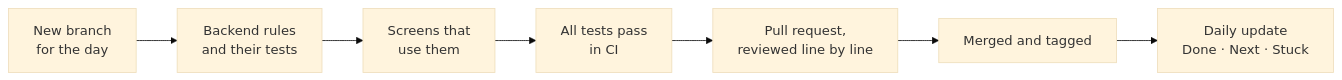
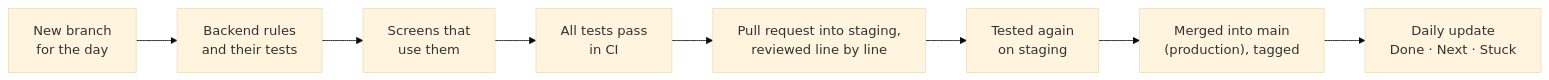
One commit to sumitdwivedi01/EigthyAwards changed the second of 2 diagrams in docs/PHASE-1-ROADMAP.md. Above: the diagram before and after it, drawn with Mermaid (base theme). The commit also changed other lines of this file and 16 other files, not shown here.

First line of the commit message:
docs: phase 0.10 - staging branch between step branches and main (ADR 0015)

````diff
--- a/docs/PHASE-1-ROADMAP.md
+++ b/docs/PHASE-1-ROADMAP.md
@@ -77,4 +77,4 @@
 ```mermaid
 flowchart LR
-    A["New branch<br/>for the day"] --> B["Backend rules<br/>and their tests"] --> C["Screens that<br/>use them"] --> D["All tests pass<br/>in CI"] --> E["Pull request,<br/>reviewed line by line"] --> F["Merged and tagged"] --> G["Daily update<br/>Done · Next · Stuck"]
+    A["New branch<br/>for the day"] --> B["Backend rules<br/>and their tests"] --> C["Screens that<br/>use them"] --> D["All tests pass<br/>in CI"] --> E["Pull request into staging,<br/>reviewed line by line"] --> S["Tested again<br/>on staging"] --> F["Merged into main<br/>(production), tagged"] --> G["Daily update<br/>Done · Next · Stuck"]
 ```
````
